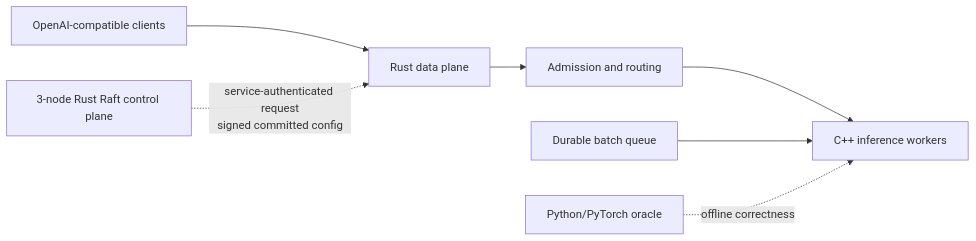
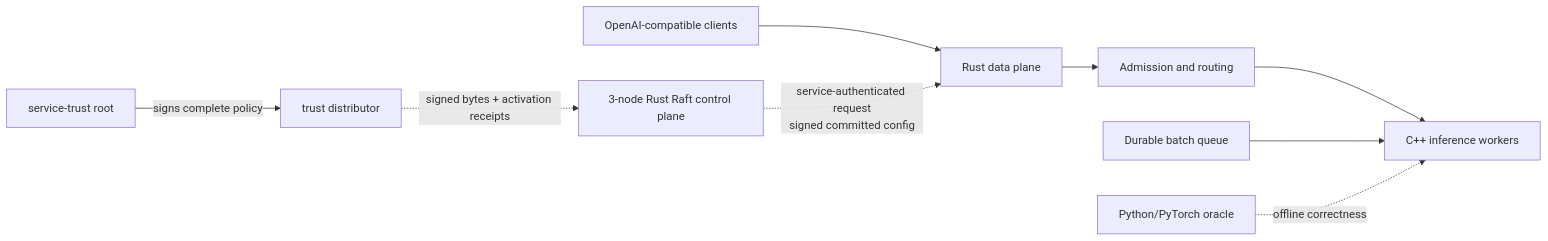
One commit to conan505/inferLab changed the diagram in docs/PRD.md. Above: the diagram before and after it, drawn with Mermaid. The commit also changed other lines of this file and 58 other files, not shown here.

Commit message:
v0.23 distributed signed service trust

````diff
--- a/docs/PRD.md
+++ b/docs/PRD.md
@@ -323,9 +353,11 @@
 ```mermaid
 flowchart LR
     Client["OpenAI-compatible clients"] --> Gateway["Rust data plane"]
     Gateway --> Admission["Admission and routing"]
     Admission --> Workers["C++ inference workers"]
     Batch["Durable batch queue"] --> Workers
+    Root["service-trust root"] -->|"signs complete policy"| Distributor["trust distributor"]
+    Distributor -. "signed bytes + activation receipts" .-> Control
     Control["3-node Rust Raft control plane"] -. "service-authenticated request<br/>signed committed config" .-> Gateway
     Ref["Python/PyTorch oracle"] -. "offline correctness" .-> Workers
 ```
````
